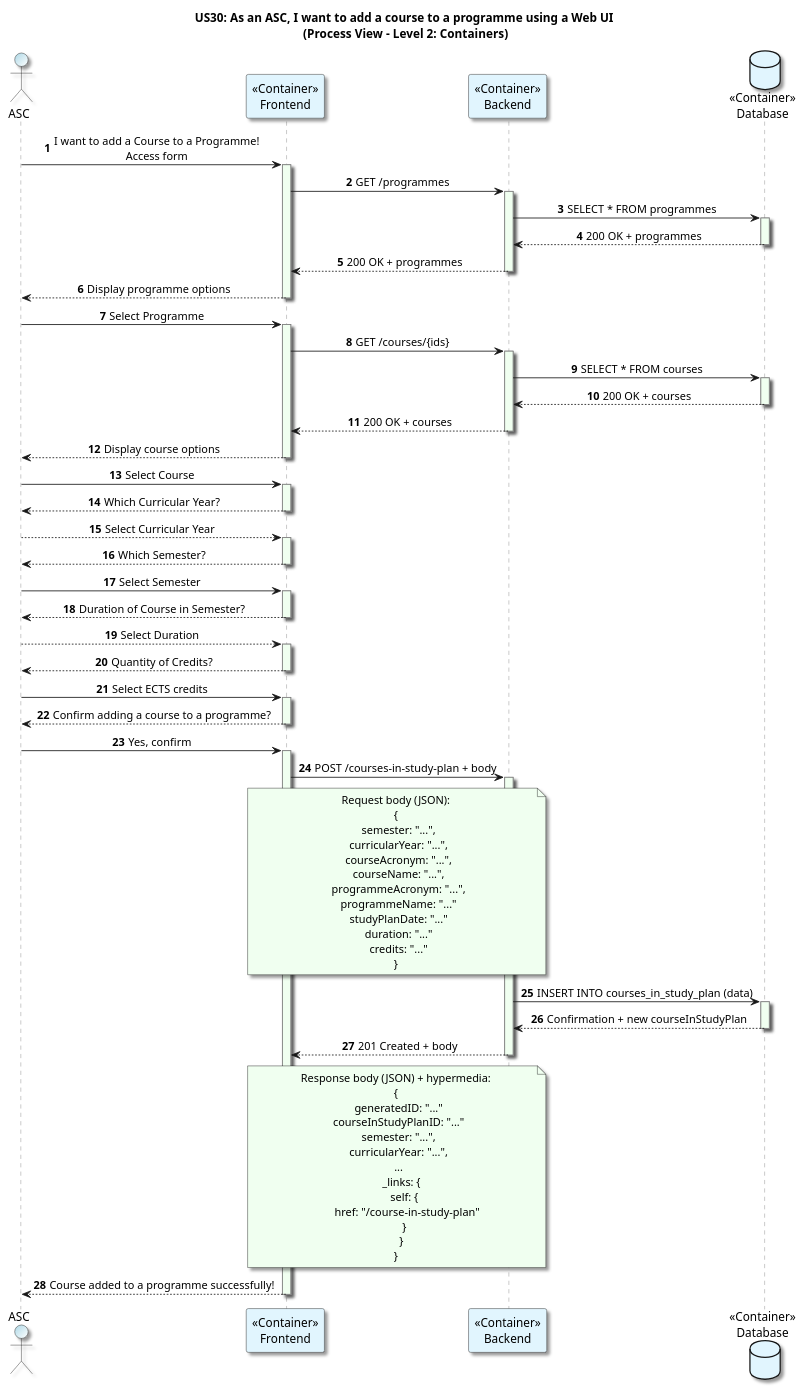
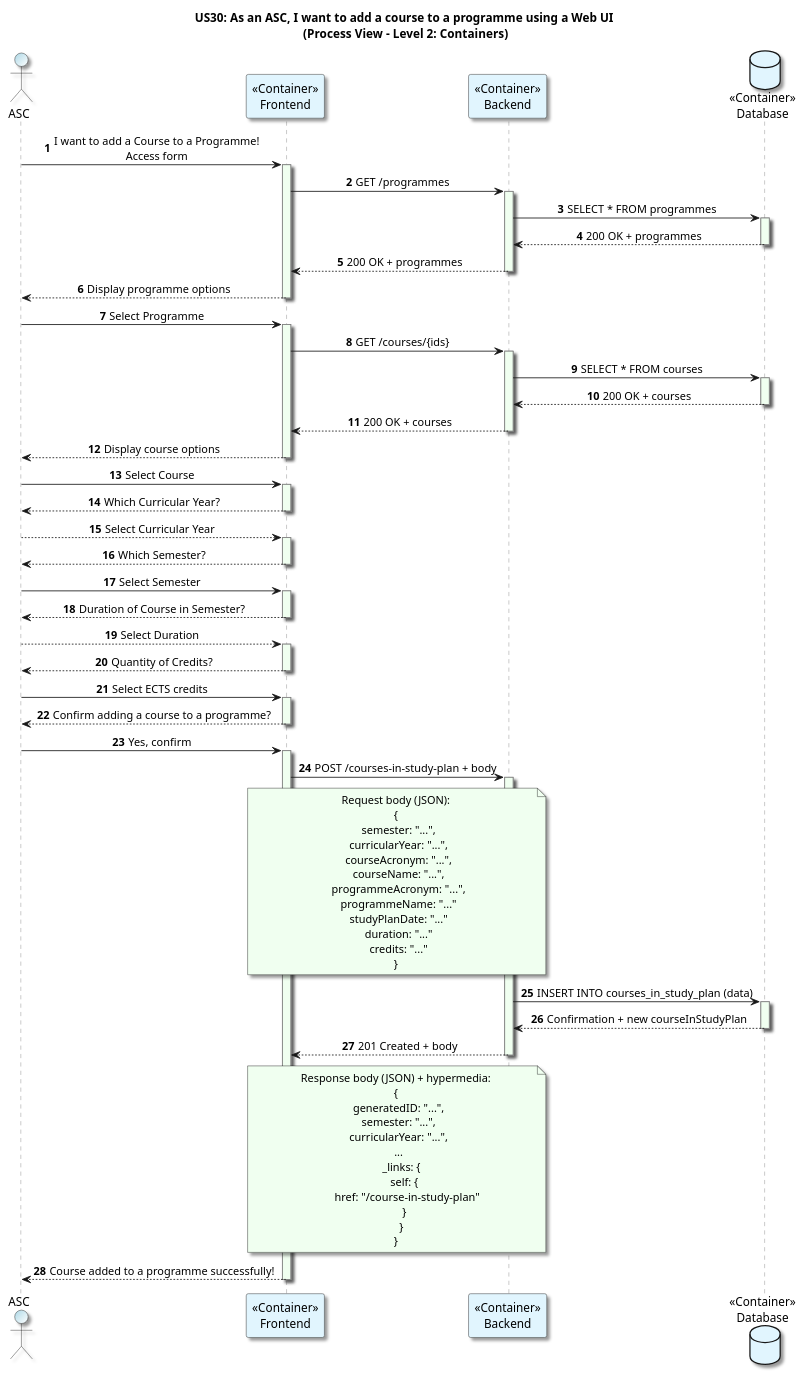
Before and after one commit to GasparISEP/DevOps-PAI: the diagram in docs/US30/Sprint_7/ProcessView/AddCourseToAProgramme_ProcessView_Level2.puml, drawn with PlantUML. The commit also changed 1 other file, not shown here.

Commit message:
docs(addCourseToAProgramme): update process and scenario diagrams to reflect replacement of composite ID with UUID in CourseInStudyPlanResponseDTO and ServiceDTO (refs #701, #704, #705)

```diff
--- a/docs/US30/Sprint_7/ProcessView/AddCourseToAProgramme_ProcessView_Level2.puml
+++ b/docs/US30/Sprint_7/ProcessView/AddCourseToAProgramme_ProcessView_Level2.puml
@@ -1,116 +1,115 @@
 @startuml
 title US30: As an ASC, I want to add a course to a programme using a Web UI\n (Process View - Level 2: Containers)
 autonumber
 
 skinparam {
   ActivityPadding 2
   ActivityMargin 2
   BoxPadding 2
 }
 skinparam sequence {
     LifeLineBorderColor Grey
     LifeLineBackgroundColor HoneyDew
 }
 skinparam defaultTextAlignment center
 skinparam shadowing true
 
 actor ASC  #LightBlue/White
 participant "<<Container>>\nFrontend" as Frontend #E1F5FE
 participant "<<Container>>\nBackend" as Backend #E1F5FE
 database "<<Container>>\nDatabase" as Database #E1F5FE
 
 ASC -> Frontend: I want to add a Course to a Programme!\nAccess form
 activate Frontend
 
 Frontend -> Backend: GET /programmes
 activate Backend
 Backend -> Database: SELECT * FROM programmes
 activate Database
 Database --> Backend: 200 OK + programmes
 deactivate Database
 Backend --> Frontend: 200 OK + programmes
 deactivate Backend
 Frontend --> ASC: Display programme options
 deactivate Frontend
 
 ASC -> Frontend: Select Programme
 activate Frontend
 Frontend -> Backend: GET /courses/{ids}
 activate Backend
 Backend -> Database: SELECT * FROM courses
 activate Database
 Database --> Backend: 200 OK + courses
 deactivate Database
 Backend --> Frontend: 200 OK + courses
 deactivate Backend
 Frontend --> ASC: Display course options
 deactivate Frontend
 
 ASC -> Frontend: Select Course
 activate Frontend
 Frontend --> ASC: Which Curricular Year?
 deactivate Frontend
 
 ASC --> Frontend: Select Curricular Year
 activate Frontend
 Frontend --> ASC: Which Semester?
 deactivate Frontend
 
 ASC -> Frontend: Select Semester
 activate Frontend
 Frontend --> ASC: Duration of Course in Semester?
 deactivate Frontend
 
 ASC --> Frontend: Select Duration
 activate Frontend
 Frontend --> ASC: Quantity of Credits?
 deactivate Frontend
 
 ASC -> Frontend: Select ECTS credits
 activate Frontend
 Frontend --> ASC: Confirm adding a course to a programme?
 deactivate Frontend
 
 
 ASC -> Frontend: Yes, confirm
 activate Frontend
 Frontend -> Backend: POST /courses-in-study-plan + body
 note over Frontend, Backend #HoneyDew
 Request body (JSON):
 {
   semester: "...",
   curricularYear: "...",
   courseAcronym: "...",
   courseName: "...",
   programmeAcronym: "...",
   programmeName: "..."
   studyPlanDate: "..."
   duration: "..."
   credits: "..."
 }
 end note
 activate Backend
 Backend -> Database: INSERT INTO courses_in_study_plan (data)
 activate Database
 Database --> Backend: Confirmation + new courseInStudyPlan
 deactivate Database
 Backend --> Frontend: 201 Created + body
 note over Backend, Frontend #HoneyDew
 Response body (JSON) + hypermedia:
 {
-  generatedID: "..."
-  courseInStudyPlanID: "..."
+  generatedID: "...",
   semester: "...",
   curricularYear: "...",
   ...
     _links: {
       self: {
         href: "/course-in-study-plan"
       }
     }
 }
 end note
 deactivate Backend
 Frontend --> ASC: Course added to a programme successfully!
 deactivate Frontend
 @enduml
```
